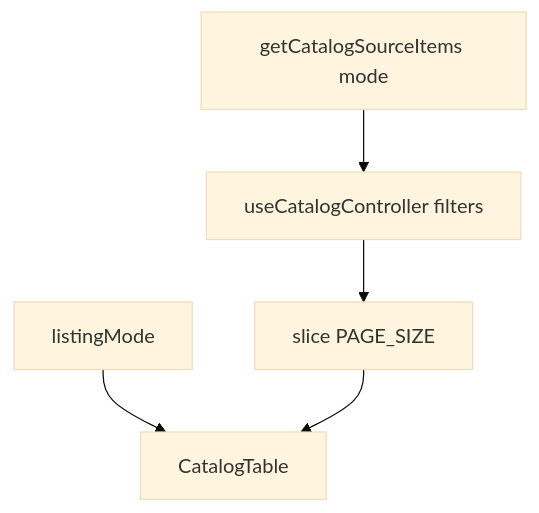
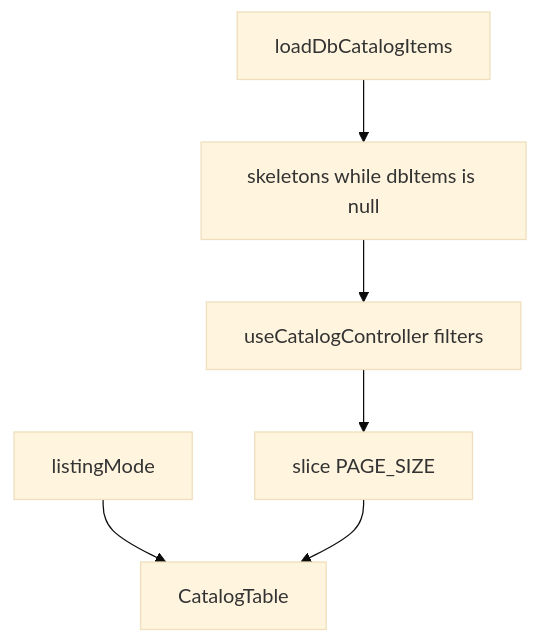
The diagram in docs/features/store-pim-catalog.md (dzorogh/oryx), drawn with Mermaid (base theme) before and after one commit. The commit also changed other lines of this file and 7 other files, not shown here.

````diff
--- a/docs/features/store-pim-catalog.md
+++ b/docs/features/store-pim-catalog.md
@@ -75,13 +75,15 @@
 ```mermaid
 flowchart TD
-  mode[listingMode]
-  seed[getCatalogSourceItems mode]
+  db[loadDbCatalogItems]
+  wait[skeletons while dbItems is null]
   filter[useCatalogController filters]
   page[slice PAGE_SIZE]
   ui[CatalogTable]
+  mode[listingMode]
 
-  seed --> filter
+  db --> wait
+  wait --> filter
   mode --> ui
   filter --> page
   page --> ui
 ```
````
